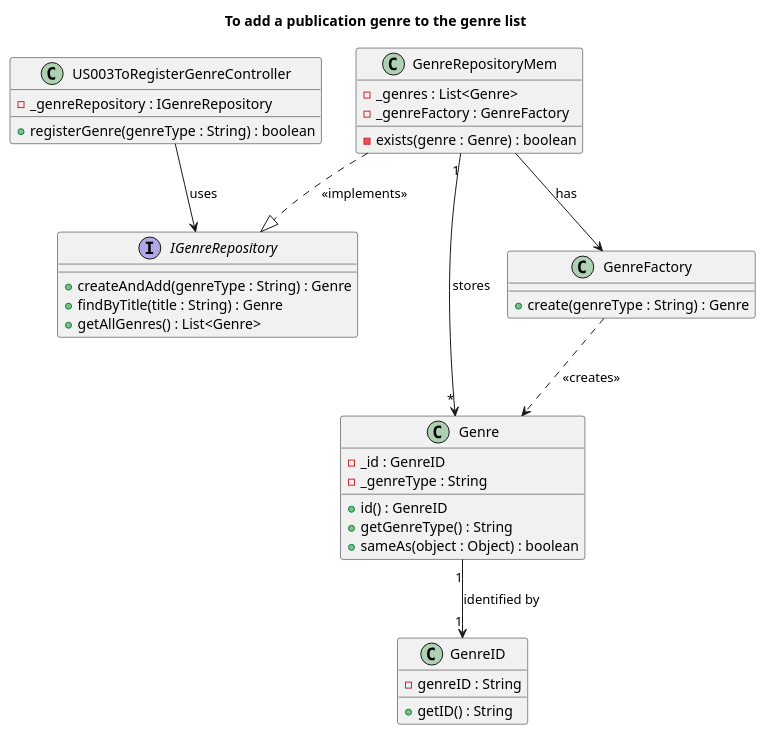
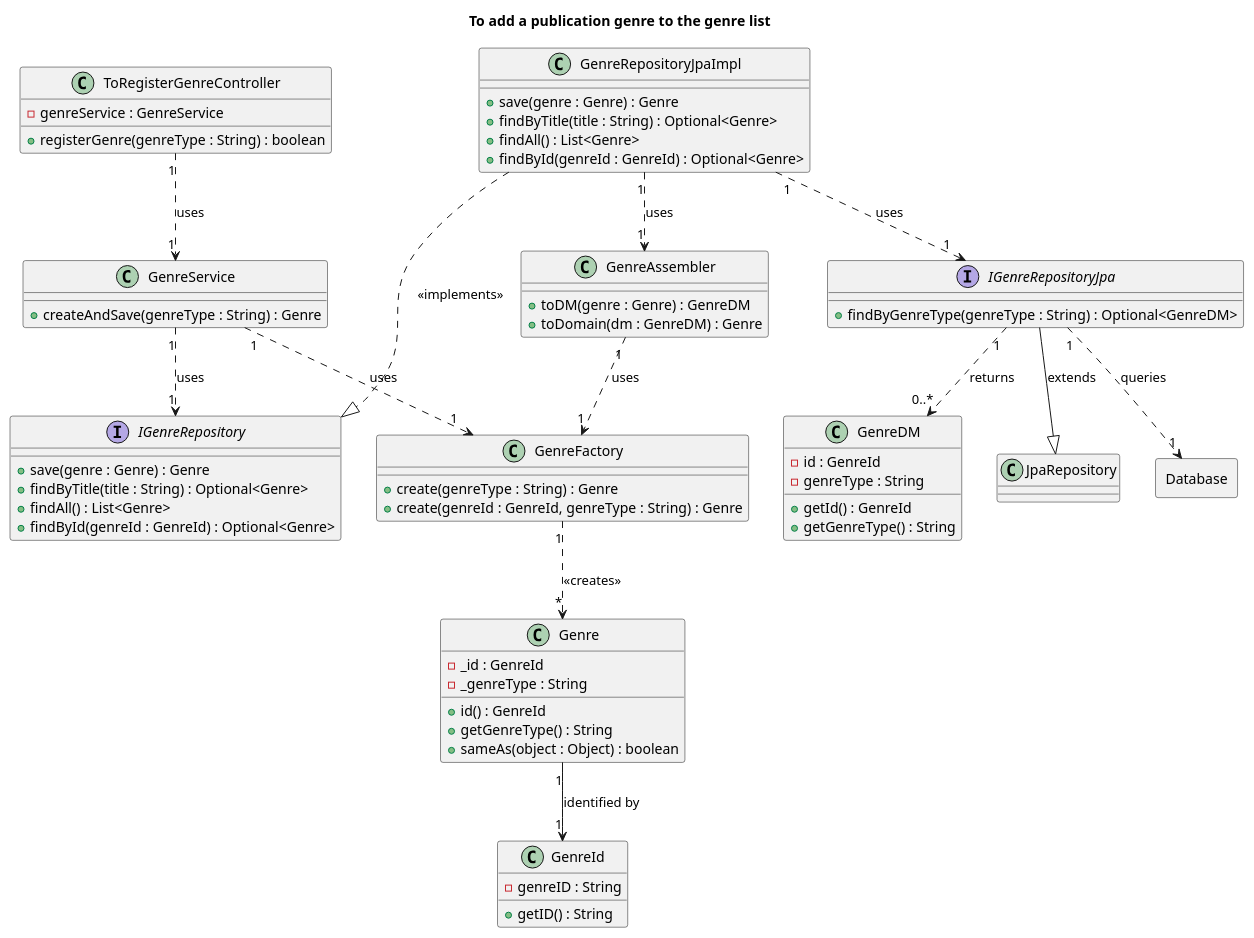
The diagram in Diagrams/ClassDiagrams/To-add-a-publication-genre-to-the-genre-list.puml (AndrePereiraGitH/SWitCH-Project-Team_A), drawn with PlantUML before and after one commit. The commit also changed 2 other files, not shown here.

Commit message:
docs: update ToRegisterGenre diagrams to include persistence layer #754

```diff
--- a/Diagrams/ClassDiagrams/To-add-a-publication-genre-to-the-genre-list.puml
+++ b/Diagrams/ClassDiagrams/To-add-a-publication-genre-to-the-genre-list.puml
@@ -1,63 +1,95 @@
 @startuml
 title To add a publication genre to the genre list
 
 ' _____________________
 ' DOMAIN
 ' _____________________
 
 interface IGenreRepository {
-  + createAndAdd(genreType : String) : Genre
-  + findByTitle(title : String) : Genre
-  + getAllGenres() : List<Genre>
+  + save(genre : Genre) : Genre
+  + findByTitle(title : String) : Optional<Genre>
+  + findAll() : List<Genre>
+  + findById(genreId : GenreId) : Optional<Genre>
 }
 
 class Genre {
-  - _id : GenreID
+  - _id : GenreId
   - _genreType : String
-  + id() : GenreID
+  + id() : GenreId
   + getGenreType() : String
   + sameAs(object : Object) : boolean
 }
 
-class GenreID {
+class GenreId {
   - genreID : String
   + getID() : String
 }
 
 class GenreFactory {
   + create(genreType : String) : Genre
+  + create(genreId : GenreId, genreType : String) : Genre
 }
 
-Genre "1" --> "1" GenreID : identified by
-GenreFactory ..> Genre : <<creates>>
+Genre "1" --> "1" GenreId : identified by
+GenreFactory "1" ..> "*" Genre : <<creates>>
 
 ' ______________________
 ' APPLICATION
 ' ______________________
 
-class US003ToRegisterGenreController {
-  - _genreRepository : IGenreRepository
+class ToRegisterGenreController {
+  - genreService : GenreService
   + registerGenre(genreType : String) : boolean
+}
+
+class GenreService {
+  + createAndSave(genreType : String) : Genre
 }
 
 ' ___________________
 ' PERSISTENCE
 ' ___________________
 
-class GenreRepositoryMem {
-  - _genres : List<Genre>
-  - _genreFactory : GenreFactory
-  - exists(genre : Genre) : boolean
+class GenreRepositoryJpaImpl {
+  + save(genre : Genre) : Genre
+  + findByTitle(title : String) : Optional<Genre>
+  + findAll() : List<Genre>
+  + findById(genreId : GenreId) : Optional<Genre>
 }
 
-GenreRepositoryMem ..|> IGenreRepository : <<implements>>
-GenreRepositoryMem "1" --> "*" Genre : stores
-GenreRepositoryMem --> GenreFactory : has
+interface IGenreRepositoryJpa {
+  + findByGenreType(genreType : String) : Optional<GenreDM>
+}
+
+class GenreAssembler {
+  + toDM(genre : Genre) : GenreDM
+  + toDomain(dm : GenreDM) : Genre
+}
+
+class GenreDM {
+  - id : GenreId
+  - genreType : String
+  + getId() : GenreId
+  + getGenreType() : String
+}
+
+rectangle Database {
+}
+
+GenreRepositoryJpaImpl ..|> IGenreRepository : <<implements>>
+GenreRepositoryJpaImpl "1" ..> "1" IGenreRepositoryJpa : uses
+GenreRepositoryJpaImpl "1" ..> "1" GenreAssembler : uses
+IGenreRepositoryJpa --|> JpaRepository : extends
+GenreAssembler "1" ..> "1" GenreFactory : uses
+IGenreRepositoryJpa "1" ..> "0..*" GenreDM : returns
+IGenreRepositoryJpa "1" ..> "1" Database : queries
 
 ' _____________________
 ' DEPENDENCIES
 ' _____________________
 
-US003ToRegisterGenreController --> IGenreRepository : uses
+ToRegisterGenreController "1" ..> "1" GenreService : uses
+GenreService "1" ..> "1" IGenreRepository : uses
+GenreService "1" ..> "1" GenreFactory : uses
 
 @enduml
```
